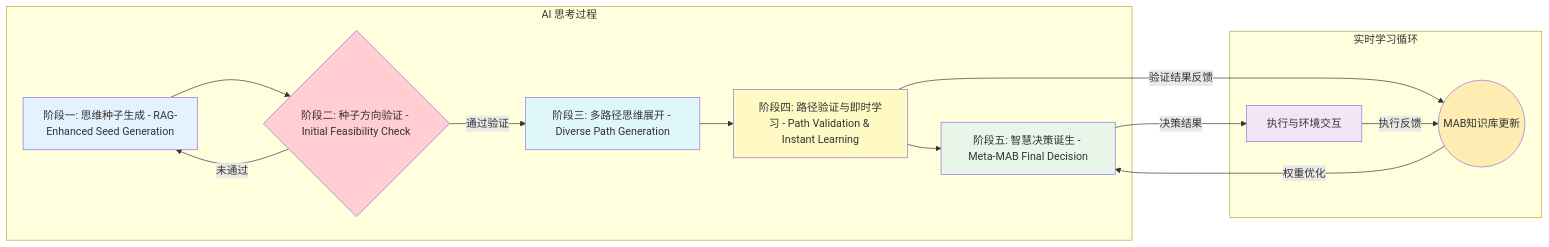
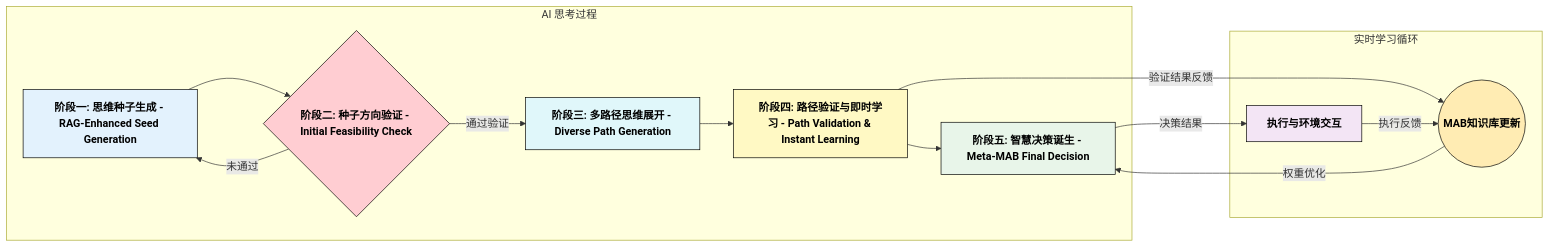
Before and after one commit to oceanusXXD/Neosgenesis: the second of 3 diagrams in README.md, drawn with Mermaid. The commit also changed other lines of this file, not shown here.

````diff
--- a/README.md
+++ b/README.md
@@ -76,26 +77,26 @@
 ```mermaid
 flowchart LR
     subgraph Thinking_Process["AI 思考过程"]
         A["阶段一: 思维种子生成 - RAG-Enhanced Seed Generation"] --> B{"阶段二: 种子方向验证 - Initial Feasibility Check"}
         B -->|通过验证| C["阶段三: 多路径思维展开 - Diverse Path Generation"]
         B -->|未通过| A
         C --> D["阶段四: 路径验证与即时学习 - Path Validation & Instant Learning"]
         D --> E["阶段五: 智慧决策诞生 - Meta-MAB Final Decision"]
     end
 
     subgraph Real_time_Learning_Loop["实时学习循环"]
         D -- 验证结果反馈 --> F((MAB知识库更新))
         F -- 权重优化 --> E
         E -- 决策结果 --> G["执行与环境交互"]
         G -- 执行反馈 --> F
     end
 
-    style A fill:#e3f2fd
-    style B fill:#ffcdd2
-    style C fill:#e0f7fa
-    style D fill:#fff9c4
-    style E fill:#e8f5e9
-    style F fill:#ffecb3
-    style G fill:#f3e5f5
+    style A fill:#e3f2fd,stroke:#000000,color:#000000,font-weight:bold
+    style B fill:#ffcdd2,stroke:#000000,color:#000000,font-weight:bold
+    style C fill:#e0f7fa,stroke:#000000,color:#000000,font-weight:bold
+    style D fill:#fff9c4,stroke:#000000,color:#000000,font-weight:bold
+    style E fill:#e8f5e9,stroke:#000000,color:#000000,font-weight:bold
+    style F fill:#ffecb3,stroke:#000000,color:#000000,font-weight:bold
+    style G fill:#f3e5f5,stroke:#000000,color:#000000,font-weight:bold
 
 ```
````
